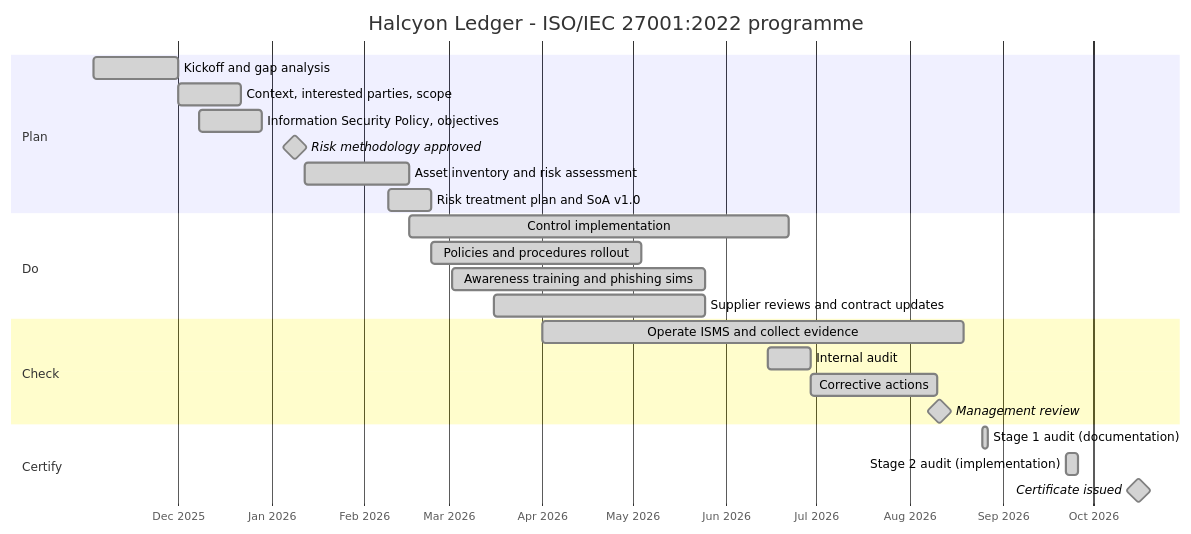
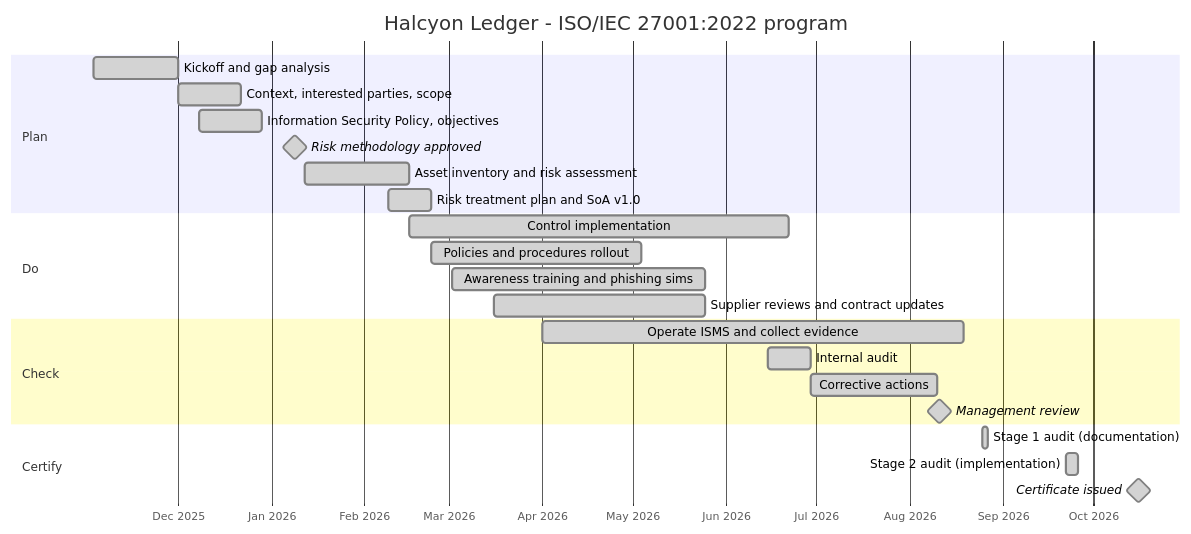
Before and after one commit to rttr-7/iso27001-grc-portfolio: the diagram in 01-iso27001-isms-implementation/02-implementation-roadmap.md, drawn with Mermaid. The commit also changed other lines of this file and 32 other files, not shown here.

````diff
--- a/01-iso27001-isms-implementation/02-implementation-roadmap.md
+++ b/01-iso27001-isms-implementation/02-implementation-roadmap.md
@@ -5,31 +5,31 @@
 ```mermaid
 gantt
-    title Halcyon Ledger - ISO/IEC 27001:2022 programme
+    title Halcyon Ledger - ISO/IEC 27001:2022 program
     dateFormat  YYYY-MM-DD
     axisFormat  %b %Y
 
     section Plan
     Kickoff and gap analysis              :done, p1, 2025-11-03, 4w
     Context, interested parties, scope    :done, p2, 2025-12-01, 3w
     Information Security Policy, objectives:done, p3, 2025-12-08, 3w
     Risk methodology approved             :milestone, done, 2026-01-09, 0d
     Asset inventory and risk assessment   :done, p4, 2026-01-12, 5w
     Risk treatment plan and SoA v1.0      :done, p5, 2026-02-09, 2w
 
     section Do
     Control implementation                :done, d1, 2026-02-16, 18w
     Policies and procedures rollout       :done, d2, 2026-02-23, 10w
     Awareness training and phishing sims  :done, d3, 2026-03-02, 12w
     Supplier reviews and contract updates :done, d4, 2026-03-16, 10w
 
     section Check
     Operate ISMS and collect evidence     :done, c1, 2026-04-01, 20w
     Internal audit                        :done, c2, 2026-06-15, 2w
     Corrective actions                    :done, c3, 2026-06-29, 6w
     Management review                     :milestone, done, 2026-08-11, 0d
 
     section Certify
     Stage 1 audit (documentation)         :done, a1, 2026-08-25, 2d
     Stage 2 audit (implementation)        :done, a2, 2026-09-22, 4d
     Certificate issued                    :milestone, done, 2026-10-16, 0d
 ```
````
